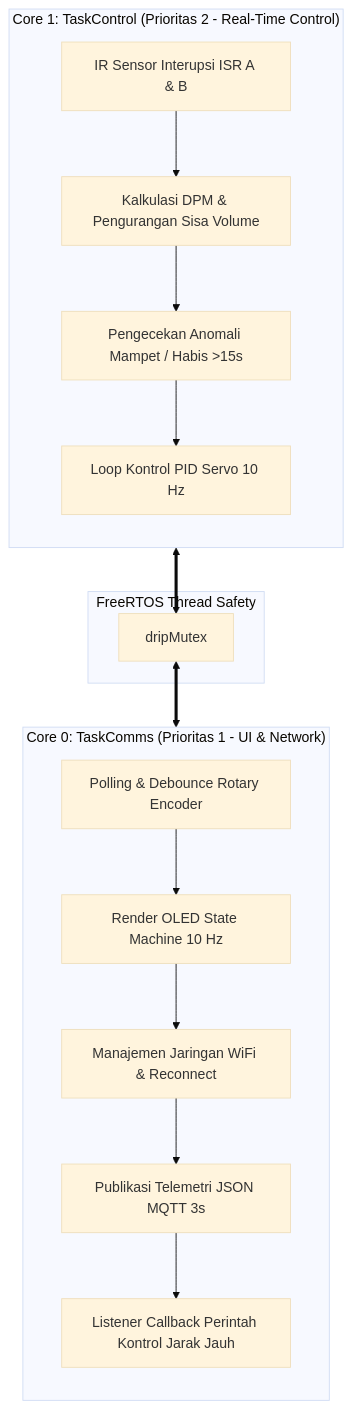
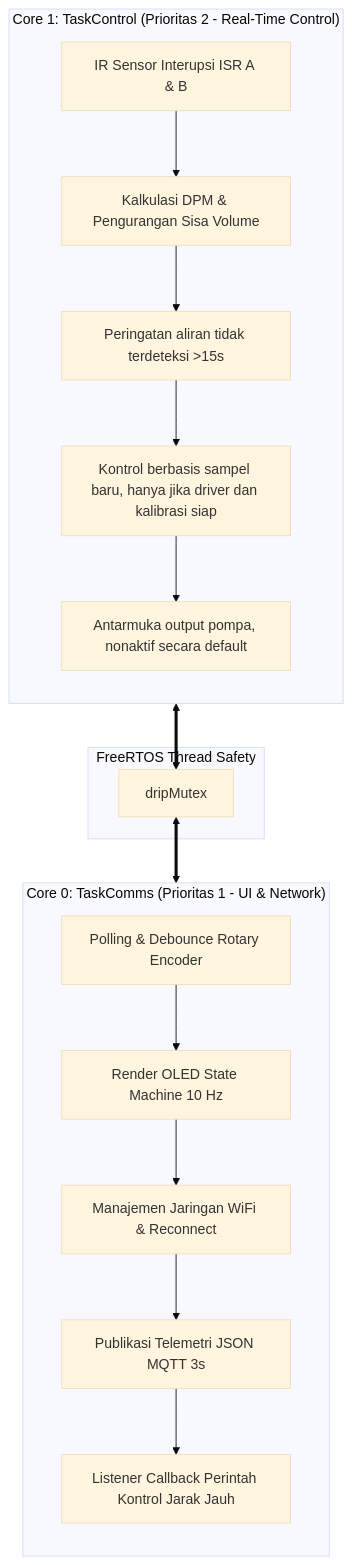
One commit to arekpelajar-cmd/esp-monitis changed the diagram in README.md. Above: the diagram before and after it, drawn with Mermaid (base theme). The commit also changed other lines of this file and 14 other files, not shown here.

````diff
--- a/README.md
+++ b/README.md
@@ -57,23 +57,24 @@
 ```mermaid
 flowchart TD
     subgraph Core1 ["Core 1: TaskControl (Prioritas 2 - Real-Time Control)"]
         direction TB
         A1[IR Sensor Interupsi ISR A & B] --> A2[Kalkulasi DPM & Pengurangan Sisa Volume]
-        A2 --> A3[Pengecekan Anomali Mampet / Habis >15s]
-        A3 --> A4[Loop Kontrol PID Servo 10 Hz]
+        A2 --> A3[Peringatan aliran tidak terdeteksi >15s]
+        A3 --> A4[Kontrol berbasis sampel baru, hanya jika driver dan kalibrasi siap]
+        A4 --> A5[Antarmuka output pompa, nonaktif secara default]
     end
 
     subgraph MutexLock ["FreeRTOS Thread Safety"]
         M[dripMutex]
     end
 
     subgraph Core0 ["Core 0: TaskComms (Prioritas 1 - UI & Network)"]
         direction TB
         B1[Polling & Debounce Rotary Encoder] --> B2[Render OLED State Machine 10 Hz]
         B2 --> B3[Manajemen Jaringan WiFi & Reconnect]
         B3 --> B4[Publikasi Telemetri JSON MQTT 3s]
         B4 --> B5[Listener Callback Perintah Kontrol Jarak Jauh]
     end
 
     Core1 <==> M <==> Core0
 ```
````
